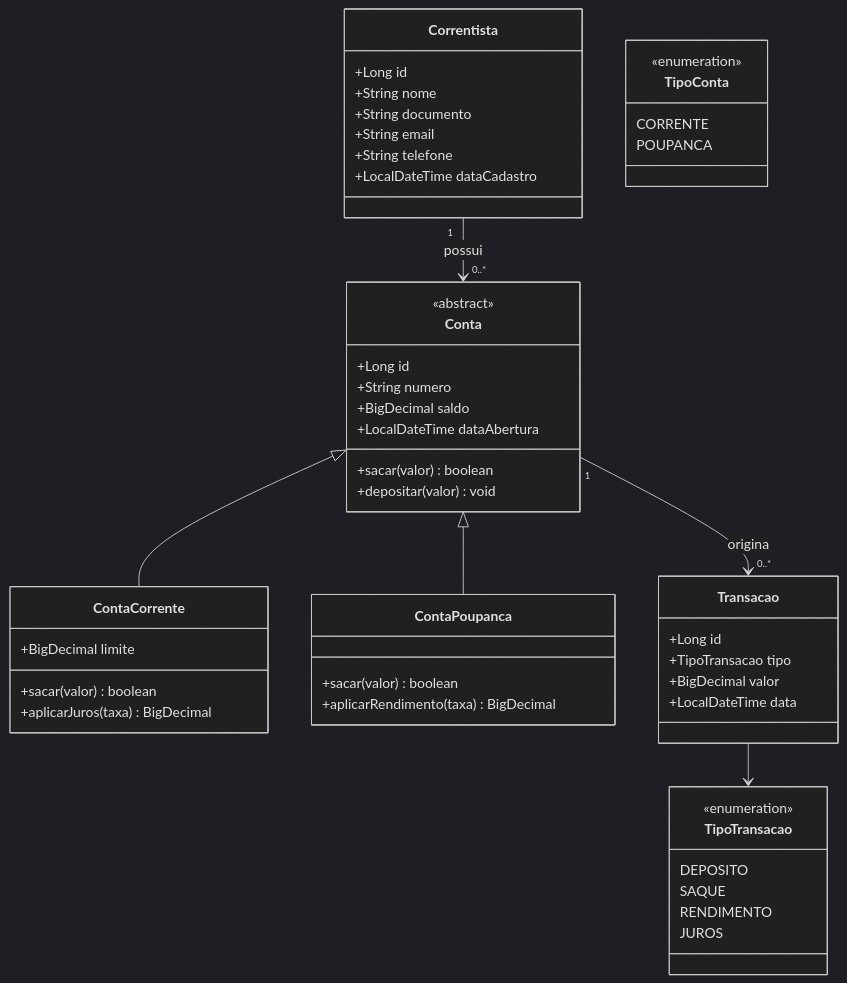
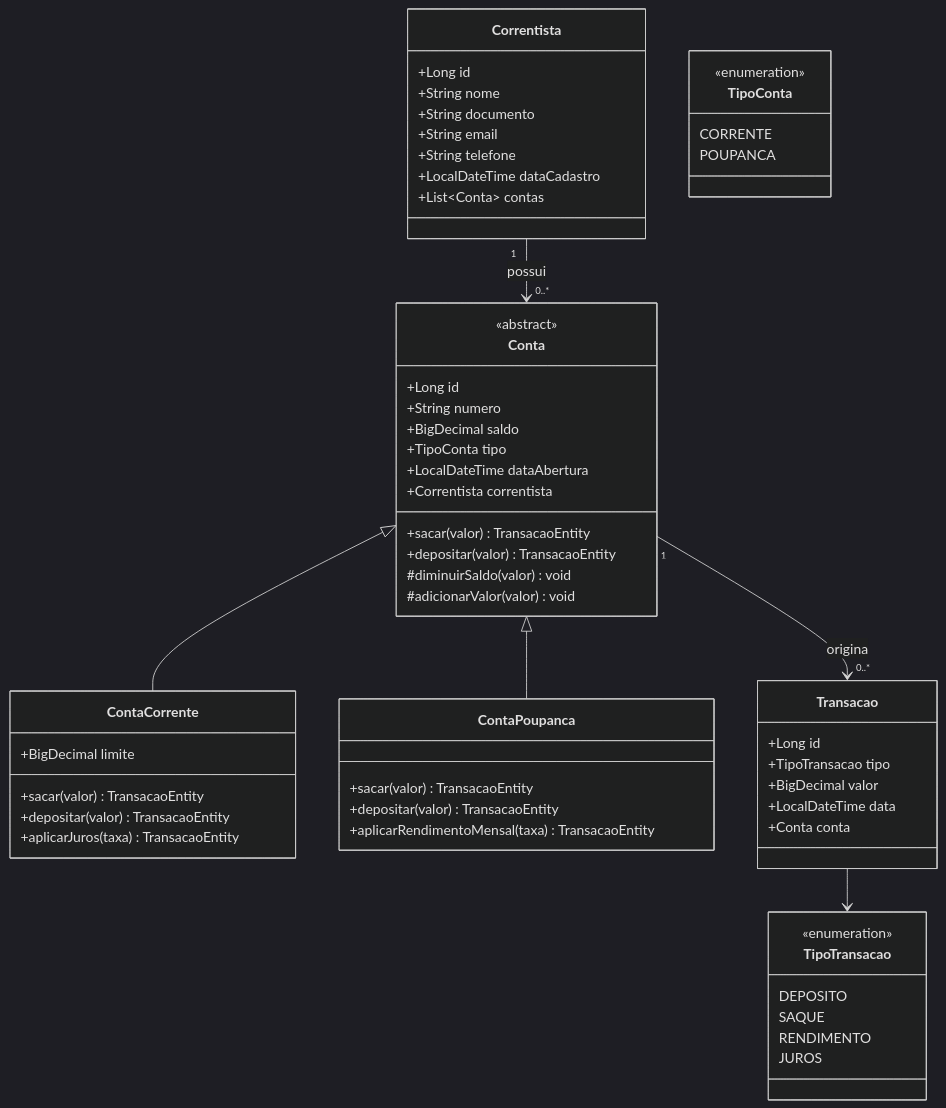
One commit to victornbjj/sistema-bancario changed the diagram in docs/03-modelagem-dominio.md. Above: the diagram before and after it, drawn with Mermaid (dark theme). The commit also changed other lines of this file and 14 other files, not shown here.

````diff
--- a/docs/03-modelagem-dominio.md
+++ b/docs/03-modelagem-dominio.md
@@ -5,59 +5,67 @@
 ```mermaid
 classDiagram
     class Correntista {
         +Long id
         +String nome
         +String documento
         +String email
         +String telefone
         +LocalDateTime dataCadastro
+        +List~Conta~ contas
     }
 
     class Conta {
         <<abstract>>
         +Long id
         +String numero
         +BigDecimal saldo
+        +TipoConta tipo
         +LocalDateTime dataAbertura
-        +sacar(valor) boolean
-        +depositar(valor) void
+        +Correntista correntista
+        +sacar(valor) TransacaoEntity
+        +depositar(valor) TransacaoEntity
+        #diminuirSaldo(valor) void
+        #adicionarValor(valor) void
     }
 
     class ContaCorrente {
         +BigDecimal limite
-        +sacar(valor) boolean
-        +aplicarJuros(taxa) BigDecimal
+        +sacar(valor) TransacaoEntity
+        +depositar(valor) TransacaoEntity
+        +aplicarJuros(taxa) TransacaoEntity
     }
 
     class ContaPoupanca {
-        +sacar(valor) boolean
-        +aplicarRendimento(taxa) BigDecimal
+        +sacar(valor) TransacaoEntity
+        +depositar(valor) TransacaoEntity
+        +aplicarRendimentoMensal(taxa) TransacaoEntity
     }
 
     class Transacao {
         +Long id
         +TipoTransacao tipo
         +BigDecimal valor
         +LocalDateTime data
+        +Conta conta
     }
 
     class TipoTransacao {
         <<enumeration>>
         DEPOSITO
         SAQUE
         RENDIMENTO
         JUROS
     }
 
     class TipoConta {
         <<enumeration>>
         CORRENTE
         POUPANCA
     }
 
     Correntista "1" --> "0..*" Conta : possui
     Conta <|-- ContaCorrente
     Conta <|-- ContaPoupanca
     Conta "1" --> "0..*" Transacao : origina
     Transacao --> TipoTransacao
 ```
````
